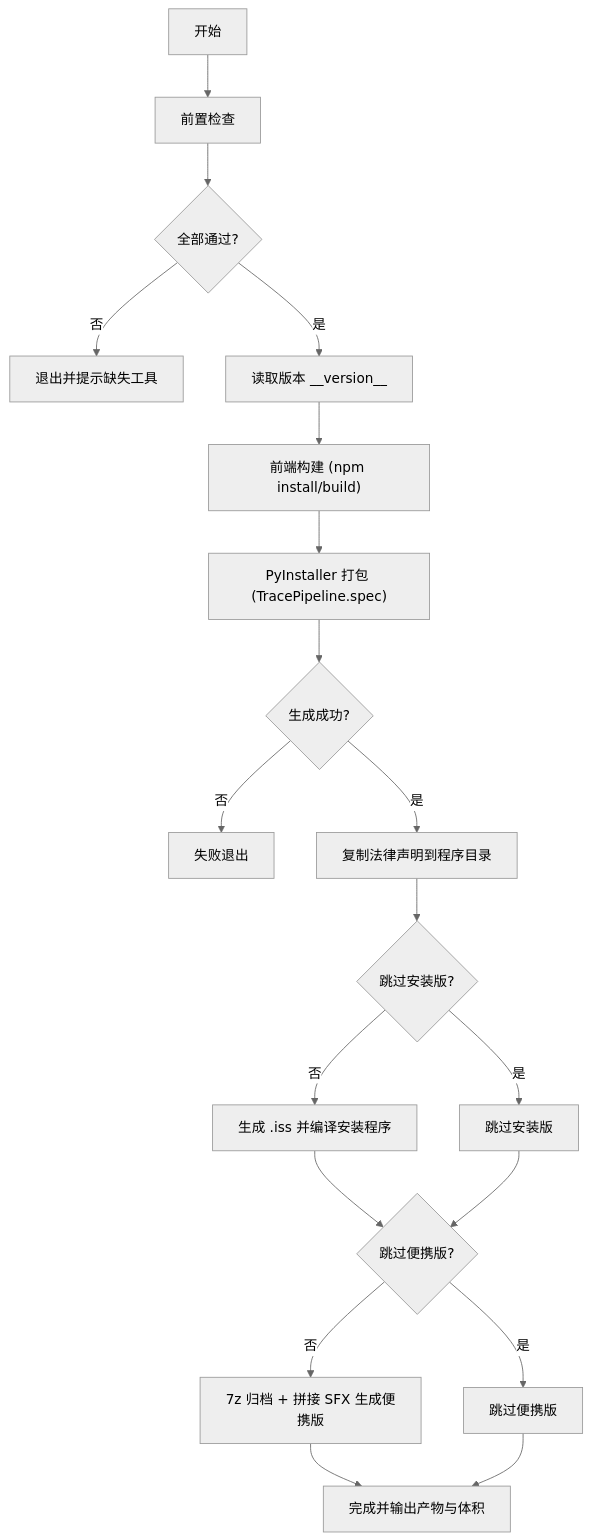
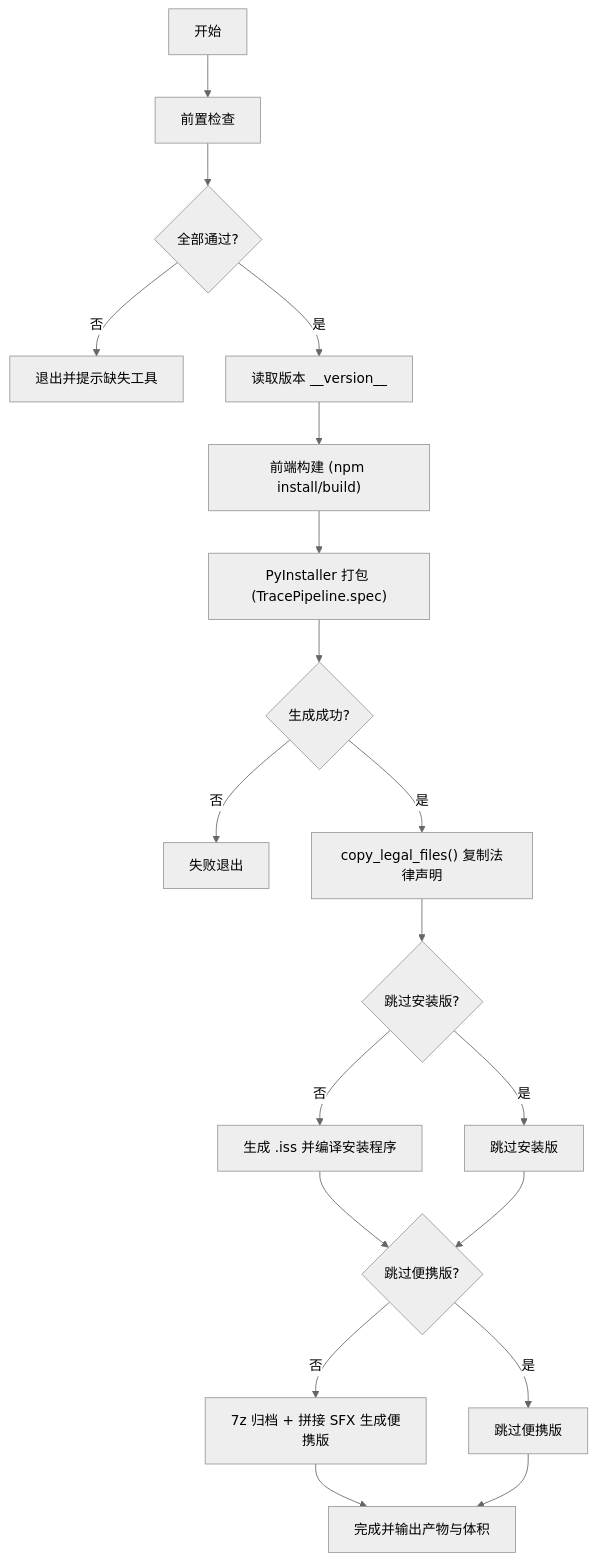
The fourth of 10 diagrams in .qoder/repowiki/zh/content/高级主题/打包分发.md (zylyes/TracePipeline), drawn with Mermaid (neutral theme) before and after one commit. The commit also changed other lines of this file and 20 other files, not shown here.

````diff
--- a/.qoder/repowiki/zh/content/高级主题/打包分发.md
+++ b/.qoder/repowiki/zh/content/高级主题/打包分发.md
@@ -190,21 +226,21 @@
 ```mermaid
 flowchart TD
 A["开始"] --> B["前置检查"]
 B --> C{"全部通过?"}
 C -- 否 --> Z["退出并提示缺失工具"]
 C -- 是 --> D["读取版本 __version__"]
 D --> E["前端构建 (npm install/build)"]
 E --> F["PyInstaller 打包 (TracePipeline.spec)"]
 F --> G{"生成成功?"}
 G -- 否 --> Y["失败退出"]
-G -- 是 --> H["复制法律声明到程序目录"]
+G -- 是 --> H["copy_legal_files() 复制法律声明"]
 H --> I{"跳过安装版?"}
 I -- 否 --> J["生成 .iss 并编译安装程序"]
 I -- 是 --> K["跳过安装版"]
 J --> L{"跳过便携版?"}
 K --> L
 L -- 否 --> M["7z 归档 + 拼接 SFX 生成便携版"]
 L -- 是 --> N["跳过便携版"]
 M --> O["完成并输出产物与体积"]
 N --> O
 ```
````
